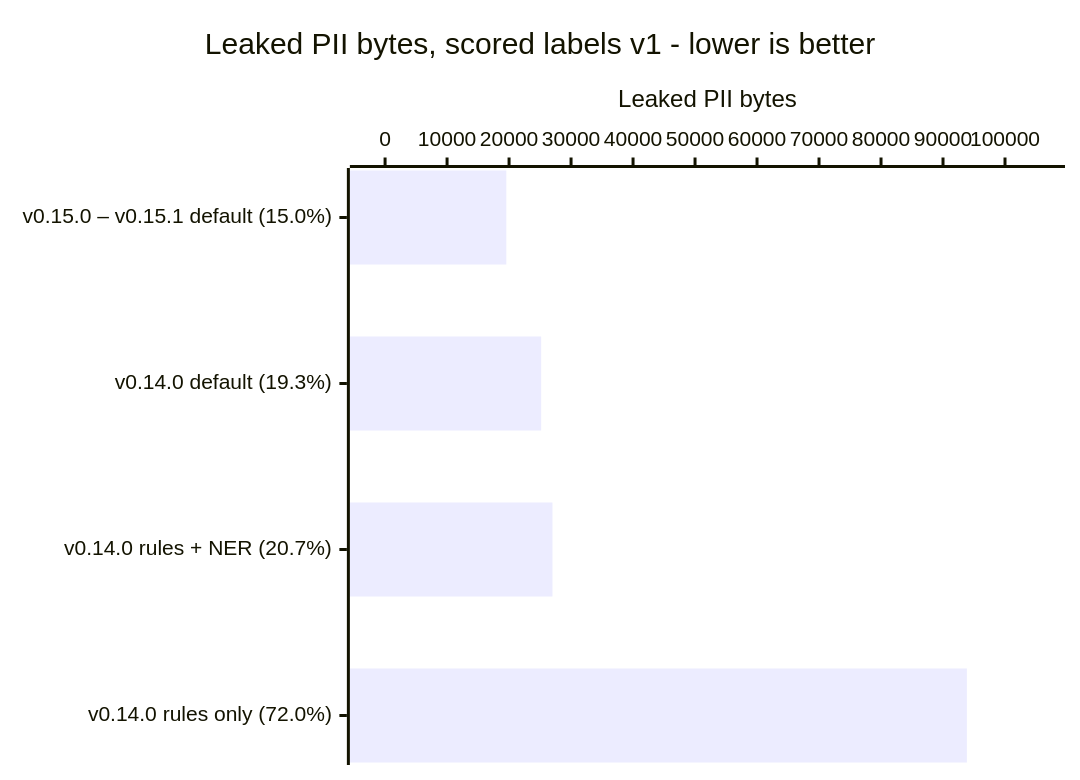
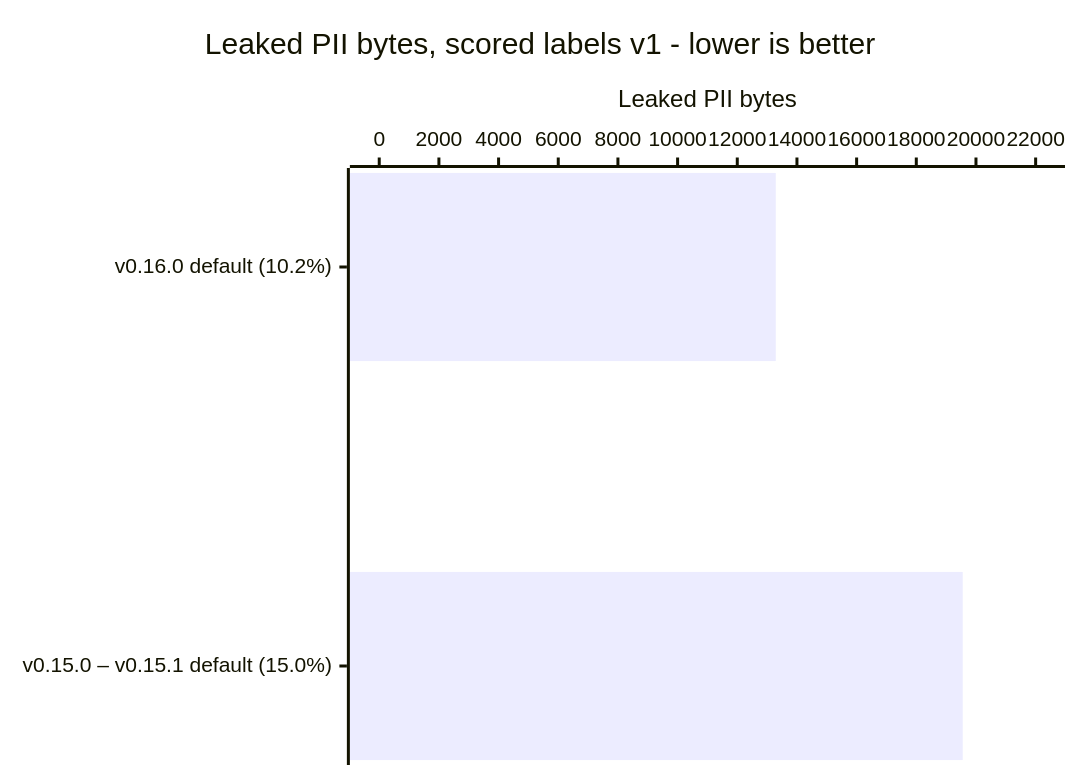
The seventh of 9 diagrams in docs/reference/benchmarks/README.md (CertaMesh/gaze), drawn with Mermaid before and after one commit. The commit also changed other lines of this file and 7 other files, not shown here.

````diff
--- a/docs/reference/benchmarks/README.md
+++ b/docs/reference/benchmarks/README.md
@@ -516,7 +516,7 @@
 ```mermaid
 xychart-beta horizontal
     title "Leaked PII bytes, scored labels v1 - lower is better"
-    x-axis ["v0.15.0 – v0.15.1 default (15.0%)", "v0.14.0 default (19.3%)", "v0.14.0 rules + NER (20.7%)", "v0.14.0 rules only (72.0%)"]
-    y-axis "Leaked PII bytes" 0 --> 104000
-    bar [19556, 25179, 27000, 93850]
+    x-axis ["v0.16.0 default (10.2%)", "v0.15.0 – v0.15.1 default (15.0%)"]
+    y-axis "Leaked PII bytes" 0 --> 22000
+    bar [13291, 19556]
 ```
````
